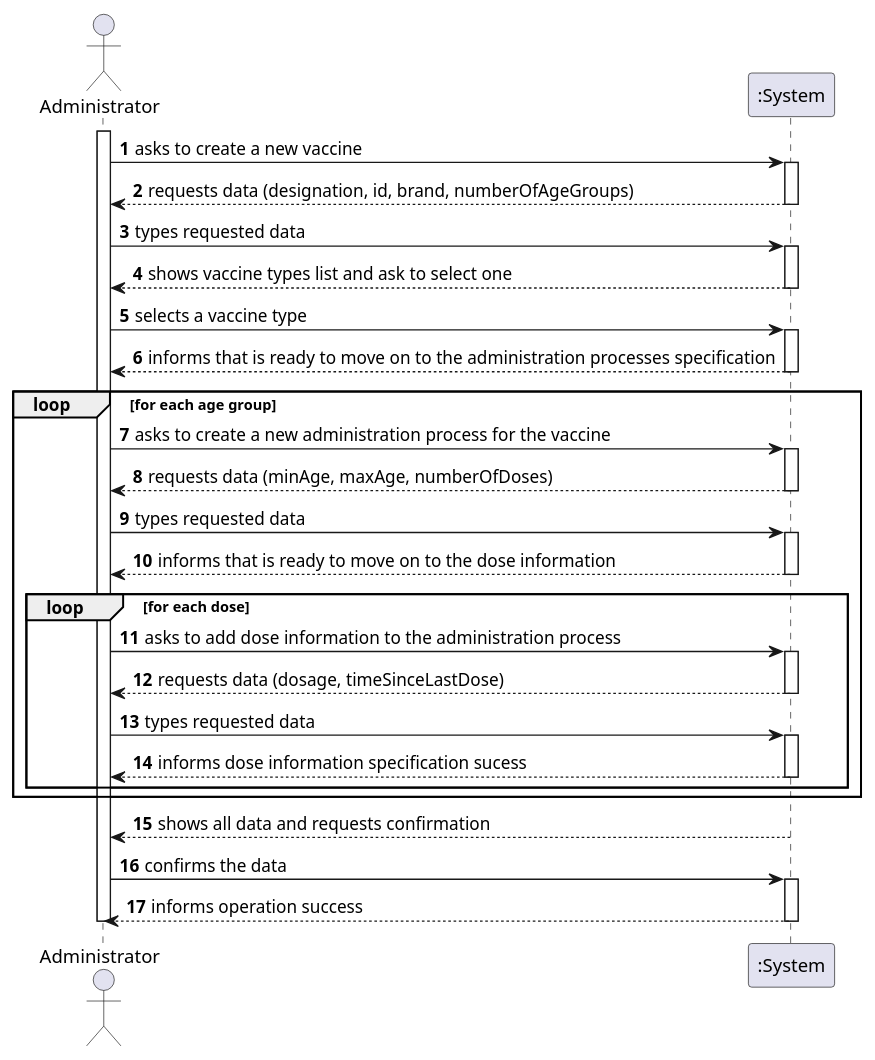
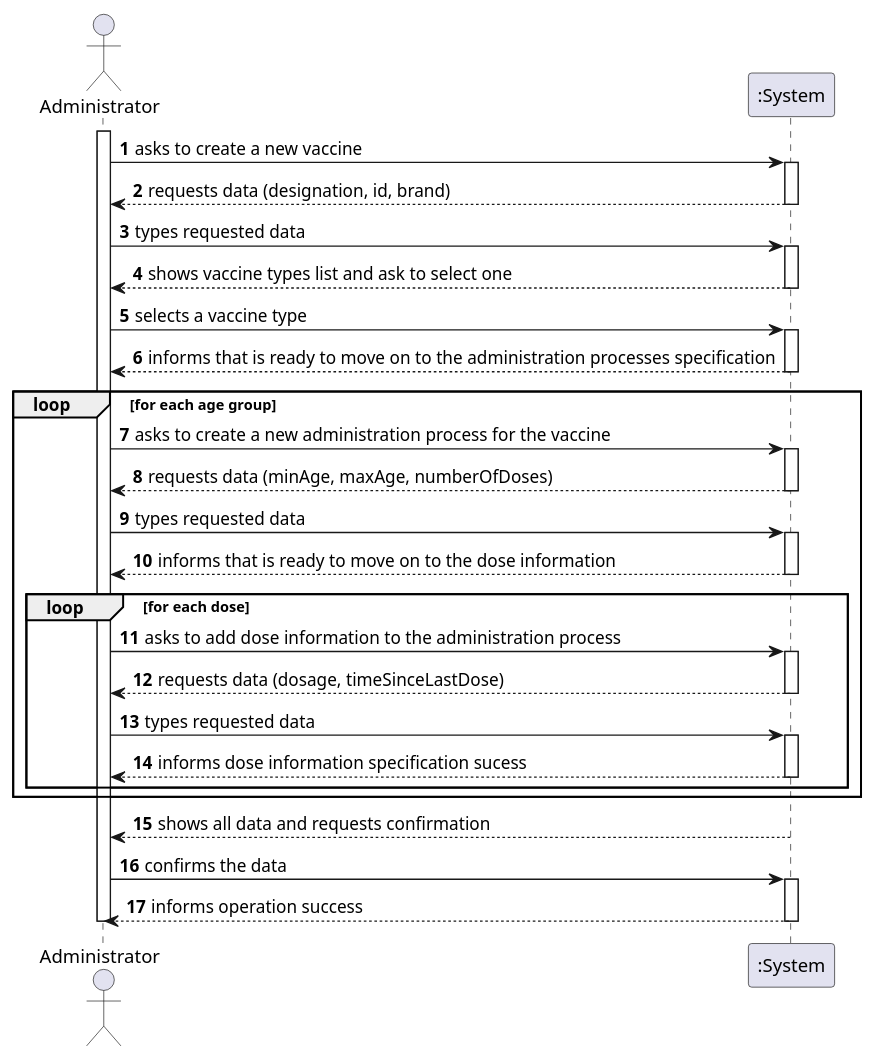
One commit to miseEnPlace-i/lapr2 changed the diagram in docs/SprintB/US13/SSD/US13_SSD.puml. Above: the diagram before and after it, drawn with PlantUML. The commit also changed 9 other files, not shown here.

Commit message:
docs(US13): update diagrams, edit vaccine attributes

```diff
--- a/docs/SprintB/US13/SSD/US13_SSD.puml
+++ b/docs/SprintB/US13/SSD/US13_SSD.puml
@@ -1,54 +1,54 @@
 @startuml
 autonumber
 actor "Administrator" as OE
 
 activate OE
 OE -> ":System" : asks to create a new vaccine
 activate ":System"
-":System" --> OE : requests data (designation, id, brand, numberOfAgeGroups)
+":System" --> OE : requests data (designation, id, brand)
 deactivate ":System"
 
 OE -> ":System" : types requested data
 activate ":System"
 ":System" --> OE : shows vaccine types list and ask to select one
 deactivate ":System"
 
 OE -> ":System" : selects a vaccine type
 activate ":System"
 ":System" --> OE : informs that is ready to move on to the administration processes specification
 deactivate ":System"
 
 
 loop for each age group
     OE -> ":System" : asks to create a new administration process for the vaccine
     activate ":System"
     ":System" --> OE : requests data (minAge, maxAge, numberOfDoses)
     deactivate ":System"
     OE -> ":System" : types requested data
     activate ":System"
     ":System" --> OE : informs that is ready to move on to the dose information
     deactivate ":System"
     
     loop for each dose
         OE -> ":System" : asks to add dose information to the administration process
         activate ":System"
         ":System" --> OE : requests data (dosage, timeSinceLastDose)
         deactivate ":System"
         OE -> ":System" : types requested data
         activate ":System"
         ":System" --> OE : informs dose information specification sucess
         deactivate ":System"
     end
 
 end
 
 ":System" --> OE : shows all data and requests confirmation
 deactivate ":System"
 OE -> ":System" : confirms the data
 activate ":System"
 ":System" --> OE : informs operation success
 deactivate ":System"
 
 deactivate OE
 
 @enduml
```
